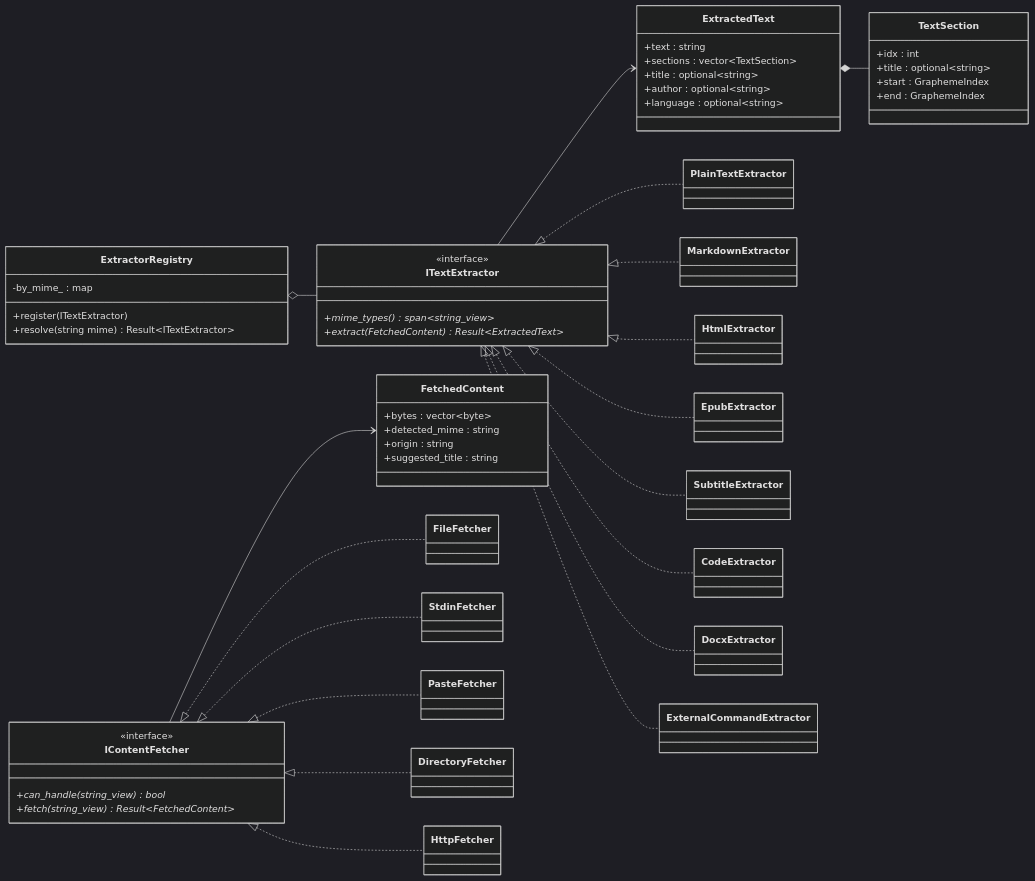
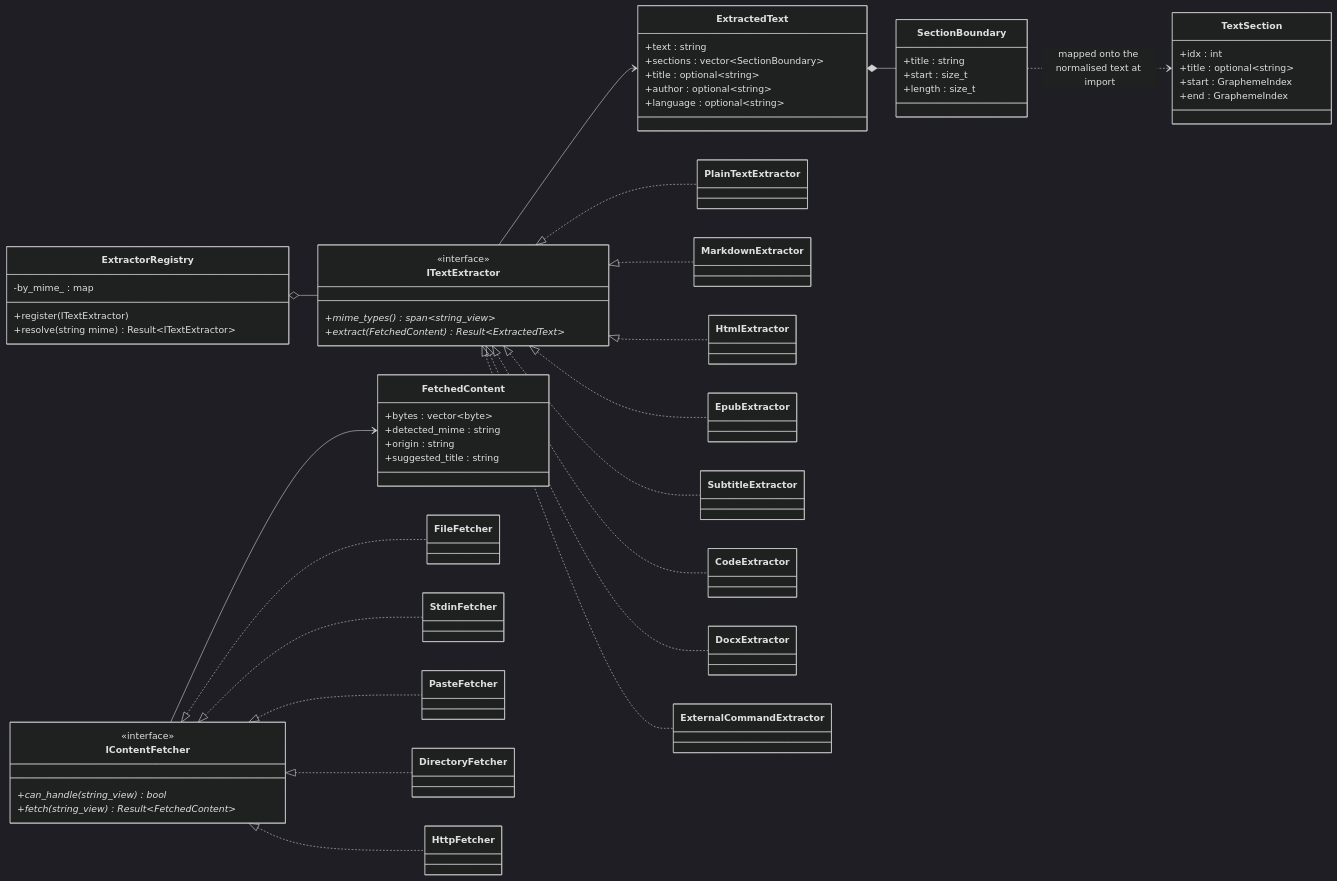
One commit to KriZa96/TypeIt changed the tenth of 30 diagrams in docs/DIAGRAMS.md. Above: the diagram before and after it, drawn with Mermaid (dark theme). The commit also changed 13 other files, not shown here.

````diff
--- a/docs/DIAGRAMS.md
+++ b/docs/DIAGRAMS.md
@@ -607,59 +607,65 @@
 ```mermaid
 classDiagram
     direction LR
 
     class IContentFetcher {
         <<interface>>
         +can_handle(string_view) bool*
         +fetch(string_view) Result~FetchedContent~*
     }
     class ITextExtractor {
         <<interface>>
         +mime_types() span~string_view~*
         +extract(FetchedContent) Result~ExtractedText~*
     }
     class ExtractorRegistry {
         -by_mime_ : map
         +register(ITextExtractor)
         +resolve(string mime) Result~ITextExtractor~
     }
     class FetchedContent {
         +bytes : vector~byte~
         +detected_mime : string
         +origin : string
         +suggested_title : string
     }
     class ExtractedText {
         +text : string
-        +sections : vector~TextSection~
+        +sections : vector~SectionBoundary~
         +title : optional~string~
         +author : optional~string~
         +language : optional~string~
+    }
+    class SectionBoundary {
+        +title : string
+        +start : size_t
+        +length : size_t
     }
     class TextSection {
         +idx : int
         +title : optional~string~
         +start : GraphemeIndex
         +end : GraphemeIndex
     }
 
     IContentFetcher <|.. FileFetcher
     IContentFetcher <|.. StdinFetcher
     IContentFetcher <|.. PasteFetcher
     IContentFetcher <|.. DirectoryFetcher
     IContentFetcher <|.. HttpFetcher
 
     ITextExtractor <|.. PlainTextExtractor
     ITextExtractor <|.. MarkdownExtractor
     ITextExtractor <|.. HtmlExtractor
     ITextExtractor <|.. EpubExtractor
     ITextExtractor <|.. SubtitleExtractor
     ITextExtractor <|.. CodeExtractor
     ITextExtractor <|.. DocxExtractor
     ITextExtractor <|.. ExternalCommandExtractor
 
     IContentFetcher --> FetchedContent
     ITextExtractor --> ExtractedText
-    ExtractedText *-- TextSection
+    ExtractedText *-- SectionBoundary
+    SectionBoundary ..> TextSection : mapped onto the normalised text at import
     ExtractorRegistry o-- ITextExtractor
 ```
````
